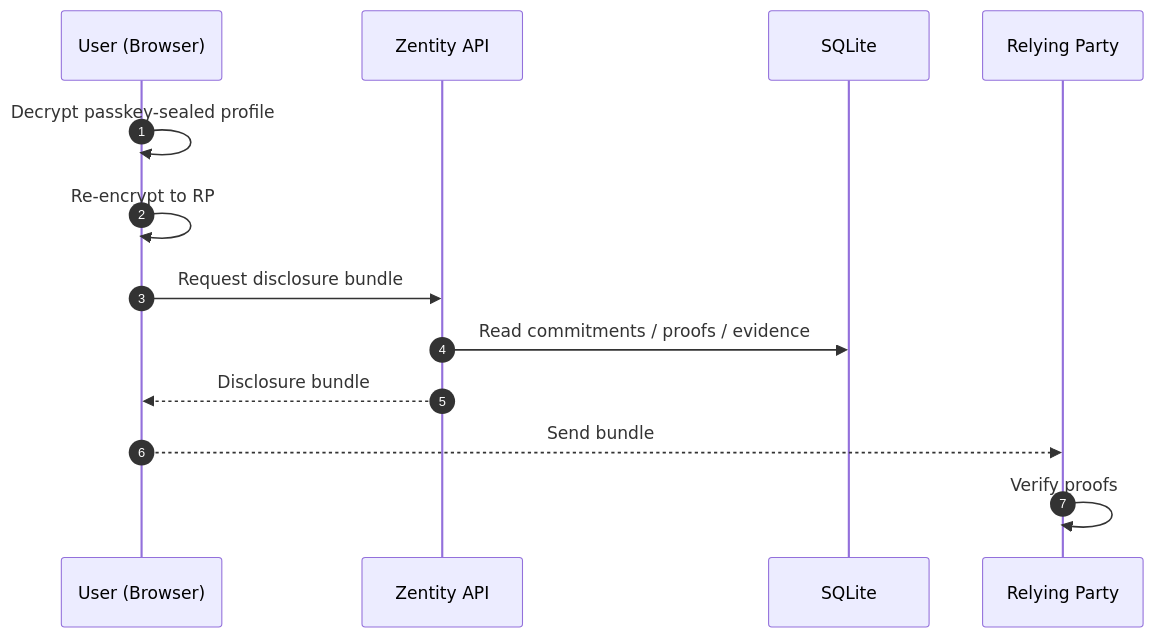
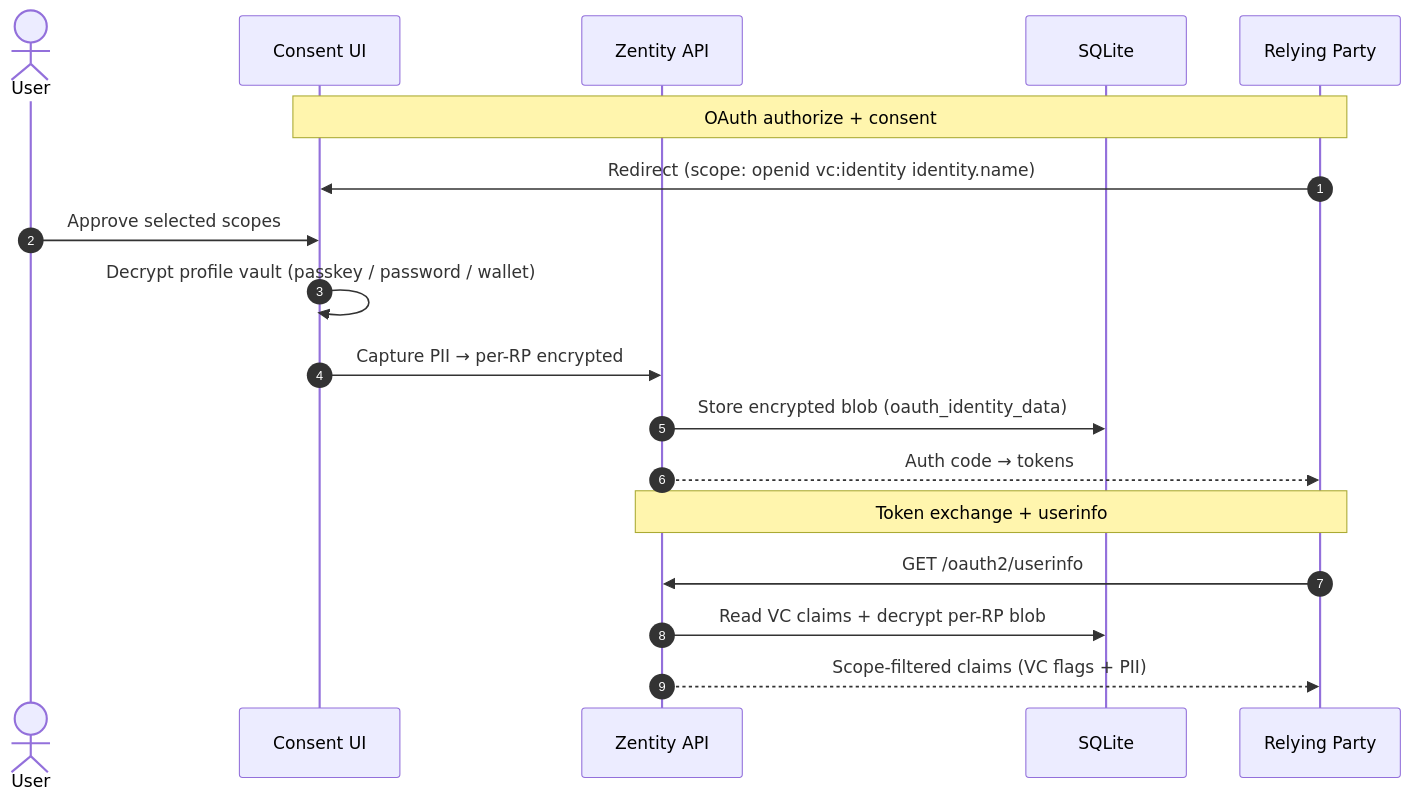
The third of 3 diagrams in docs/architecture.md (gustavovalverde/zentity), drawn with Mermaid before and after one commit. The commit also changed other lines of this file and 156 other files, not shown here.

First line of the commit message:
refactor(web): overhaul auth flows, OAuth consent, FHE lifecycle, and dependencies

````diff
--- a/docs/architecture.md
+++ b/docs/architecture.md
@@ -205,16 +209,22 @@
 ```mermaid
 sequenceDiagram
   autonumber
-  participant UI as User (Browser)
+  actor User
+  participant UI as Consent UI
   participant API as Zentity API
   participant DB as SQLite
   participant RP as Relying Party
 
-  UI->>UI: Decrypt passkey-sealed profile
-  UI->>UI: Re-encrypt to RP
-  UI->>API: Request disclosure bundle
-  API->>DB: Read commitments / proofs / evidence
-  API-->>UI: Disclosure bundle
-  UI-->>RP: Send bundle
-  RP->>RP: Verify proofs
+  Note over RP,UI: OAuth authorize + consent
+  RP->>UI: Redirect (scope: openid vc:identity identity.name)
+  User->>UI: Approve selected scopes
+  UI->>UI: Decrypt profile vault (passkey / password / wallet)
+  UI->>API: Capture PII → per-RP encrypted
+  API->>DB: Store encrypted blob (oauth_identity_data)
+  API-->>RP: Auth code → tokens
+
+  Note over RP,API: Token exchange + userinfo
+  RP->>API: GET /oauth2/userinfo
+  API->>DB: Read VC claims + decrypt per-RP blob
+  API-->>RP: Scope-filtered claims (VC flags + PII)
 ```
````
